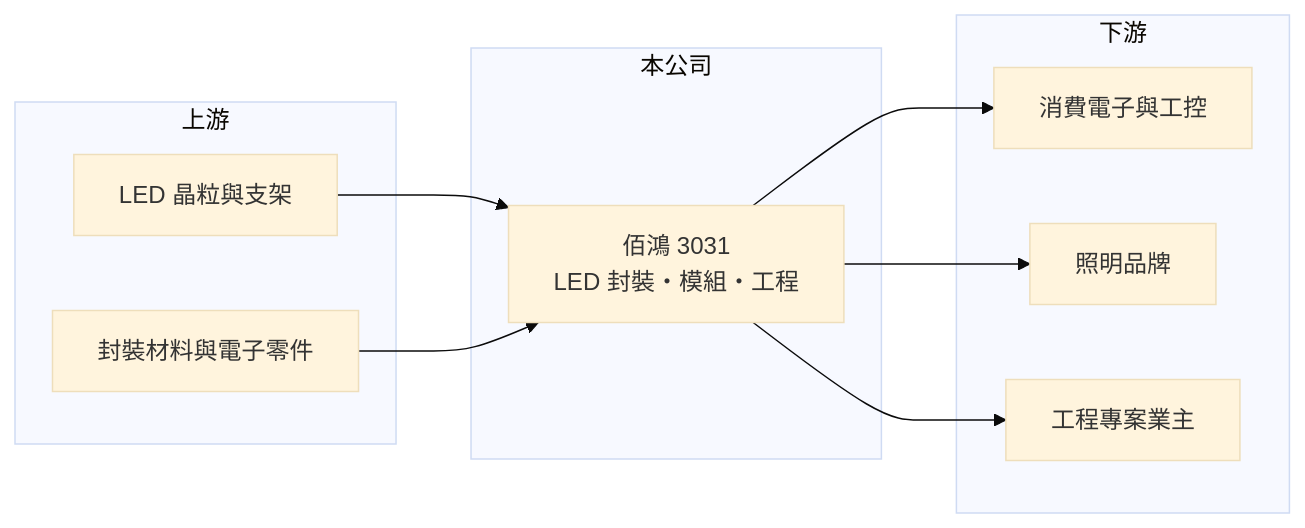
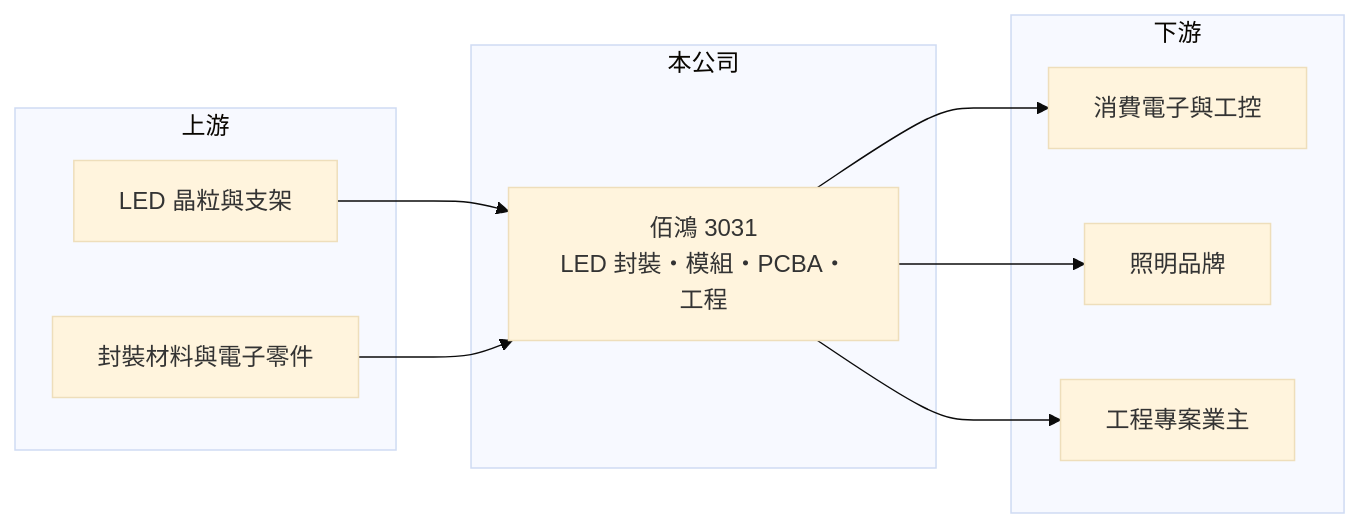
Before and after one commit to wangnick1004/taiwan-stock-vault: the second of 2 diagrams in 個股/台股/3031佰鴻.md, drawn with Mermaid (base theme). The commit also changed other lines of this file and 8 other files, not shown here.

````diff
--- a/個股/台股/3031佰鴻.md
+++ b/個股/台股/3031佰鴻.md
@@ -96,20 +116,20 @@
 ```mermaid
 flowchart LR
     subgraph 上游
         A1["LED 晶粒與支架"]
         A2["封裝材料與電子零件"]
     end
     subgraph 本公司
-        B["佰鴻 3031<br/>LED 封裝・模組・工程"]
+        B["佰鴻 3031<br/>LED 封裝・模組・PCBA・工程"]
     end
     subgraph 下游
         C1["消費電子與工控"]
         C2["照明品牌"]
         C3["工程專案業主"]
     end
     A1 --> B
     A2 --> B
     B --> C1
     B --> C2
     B --> C3
 ```
````
